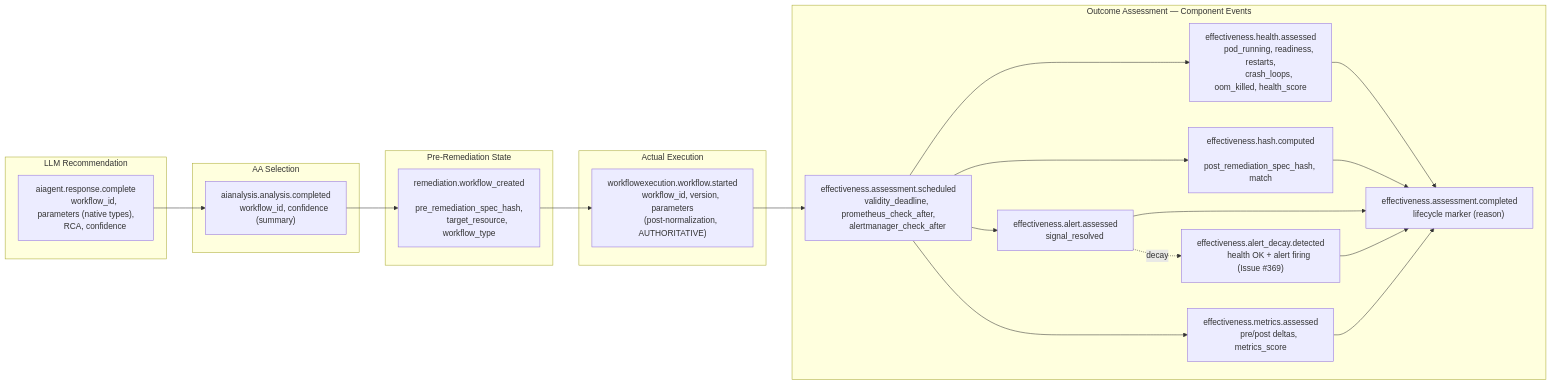
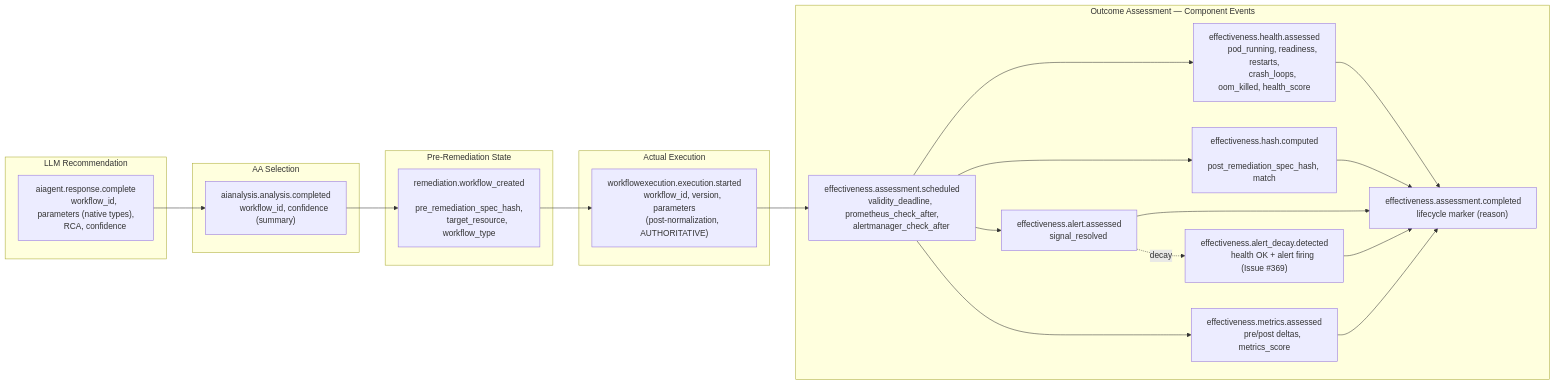
The sixth of 8 diagrams in docs/architecture/decisions/ADR-EM-001-effectiveness-monitor-service-integration.md (jordigilh/kubernaut), drawn with Mermaid before and after one commit. The commit also changed other lines of this file, not shown here.

First line of the commit message:
docs: update ADR-EM-001 event type references to execution.started

````diff
--- a/docs/architecture/decisions/ADR-EM-001-effectiveness-monitor-service-integration.md
+++ b/docs/architecture/decisions/ADR-EM-001-effectiveness-monitor-service-integration.md
@@ -577,59 +577,59 @@
 ```mermaid
 flowchart LR
     subgraph recommendation [LLM Recommendation]
         A1["aiagent.response.complete
         workflow_id, parameters (native types),
         RCA, confidence"]
     end
 
     subgraph selection [AA Selection]
         A2["aianalysis.analysis.completed
         workflow_id, confidence (summary)"]
     end
 
     subgraph preState [Pre-Remediation State]
         A3["remediation.workflow_created
         pre_remediation_spec_hash,
         target_resource, workflow_type"]
     end
 
     subgraph execution [Actual Execution]
-        A4["workflowexecution.workflow.started
+        A4["workflowexecution.execution.started
         workflow_id, version, parameters
         (post-normalization, AUTHORITATIVE)"]
     end
 
     subgraph outcome [Outcome Assessment — Component Events]
         A5sched["effectiveness.assessment.scheduled
         validity_deadline, prometheus_check_after,
         alertmanager_check_after"]
         A5a["effectiveness.health.assessed
         pod_running, readiness, restarts,
         crash_loops, oom_killed, health_score"]
         A5b["effectiveness.hash.computed
         post_remediation_spec_hash, match"]
         A5c["effectiveness.alert.assessed
         signal_resolved"]
         A5c2["effectiveness.alert_decay.detected
         health OK + alert firing (Issue #369)"]
         A5d["effectiveness.metrics.assessed
         pre/post deltas, metrics_score"]
         A5e["effectiveness.assessment.completed
         lifecycle marker (reason)"]
     end
 
     A1 --> A2
     A2 --> A3
     A3 --> A4
     A4 --> A5sched
     A5sched --> A5a
     A5sched --> A5b
     A5sched --> A5c
     A5c -.->|"decay"| A5c2
     A5sched --> A5d
     A5a --> A5e
     A5b --> A5e
     A5c --> A5e
     A5c2 --> A5e
     A5d --> A5e
 ```
````
